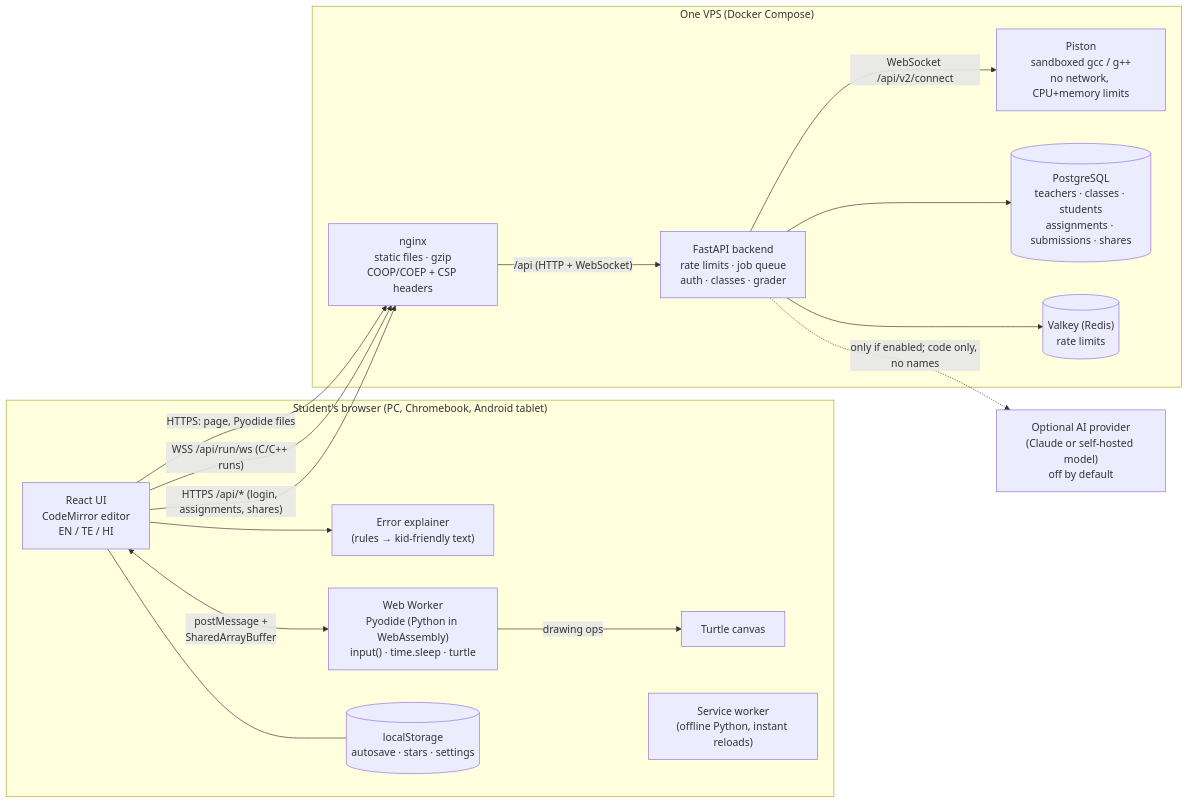
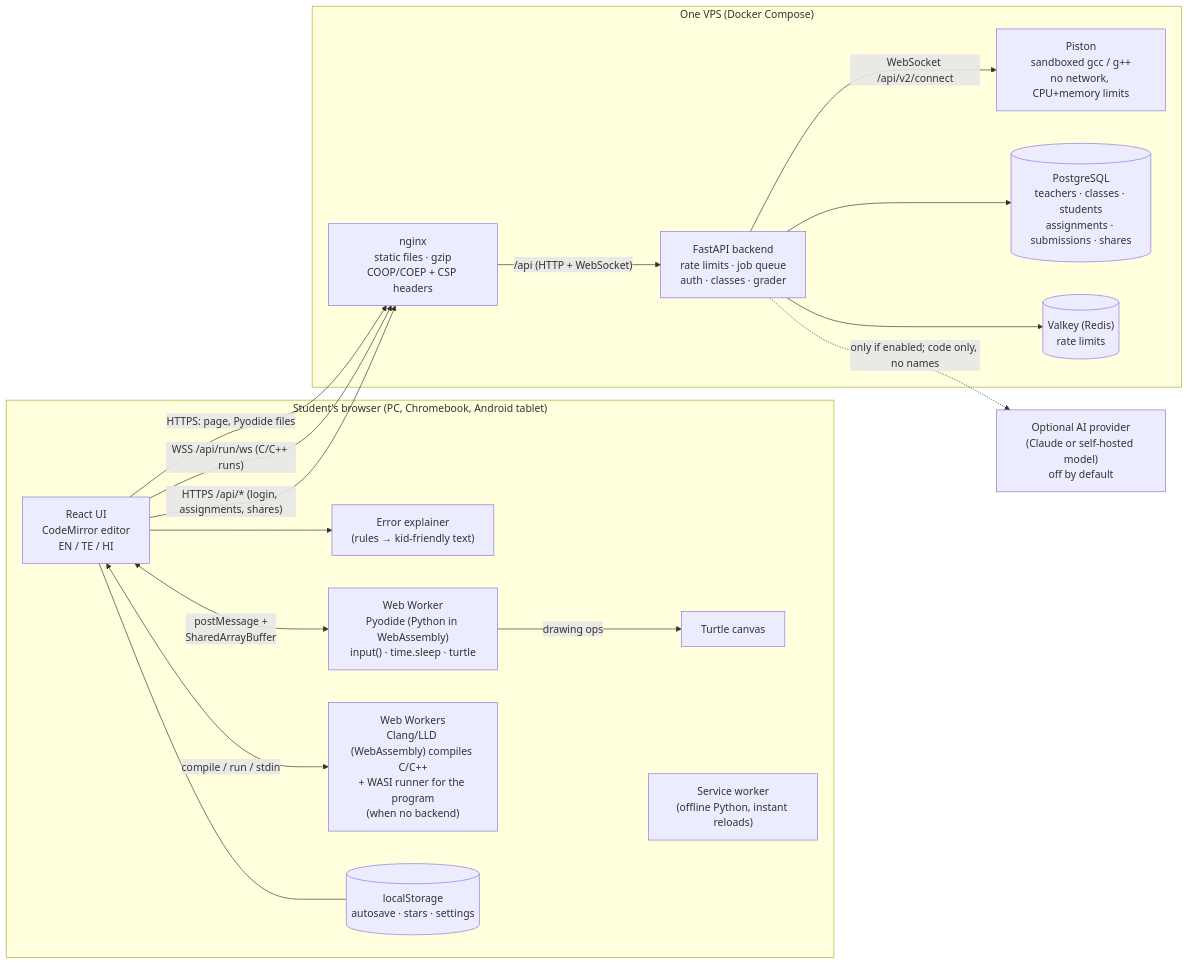
Before and after one commit to Sajeed25/kalamCompliler: the diagram in docs/ARCHITECTURE.md, drawn with Mermaid. The commit also changed other lines of this file and 37 other files, not shown here.

First line of the commit message:
Run C/C++ in the browser on hosts without a backend (Hostinger Web apps)

````diff
--- a/docs/ARCHITECTURE.md
+++ b/docs/ARCHITECTURE.md
@@ -3,34 +3,36 @@
 ```mermaid
 flowchart LR
   subgraph Browser["Student's browser (PC, Chromebook, Android tablet)"]
     UI["React UI<br/>CodeMirror editor<br/>EN / TE / HI"]
     EXP["Error explainer<br/>(rules → kid-friendly text)"]
     PYW["Web Worker<br/>Pyodide (Python in WebAssembly)<br/>input() · time.sleep · turtle"]
     TUR["Turtle canvas"]
+    CLW["Web Workers<br/>Clang/LLD (WebAssembly) compiles C/C++<br/>+ WASI runner for the program<br/>(when no backend)"]
     SW["Service worker<br/>(offline Python, instant reloads)"]
     LS[("localStorage<br/>autosave · stars · settings")]
     UI <-- "postMessage +<br/>SharedArrayBuffer" --> PYW
     PYW -- drawing ops --> TUR
     UI --> EXP
+    UI <-- "compile / run / stdin" --> CLW
     UI --- LS
   end
 
   subgraph Server["One VPS (Docker Compose)"]
     NGX["nginx<br/>static files · gzip<br/>COOP/COEP + CSP headers"]
     API["FastAPI backend<br/>rate limits · job queue<br/>auth · classes · grader"]
     PIS["Piston<br/>sandboxed gcc / g++<br/>no network, CPU+memory limits"]
     PG[("PostgreSQL<br/>teachers · classes · students<br/>assignments · submissions · shares")]
     VK[("Valkey (Redis)<br/>rate limits")]
     NGX -- "/api (HTTP + WebSocket)" --> API
     API -- "WebSocket /api/v2/connect" --> PIS
     API --> PG
     API --> VK
   end
 
   AI["Optional AI provider<br/>(Claude or self-hosted model)<br/>off by default"]
 
   UI -- "HTTPS: page, Pyodide files" --> NGX
   UI -- "WSS /api/run/ws (C/C++ runs)" --> NGX
   UI -- "HTTPS /api/* (login, assignments, shares)" --> NGX
   API -. "only if enabled; code only, no names" .-> AI
 ```
````
